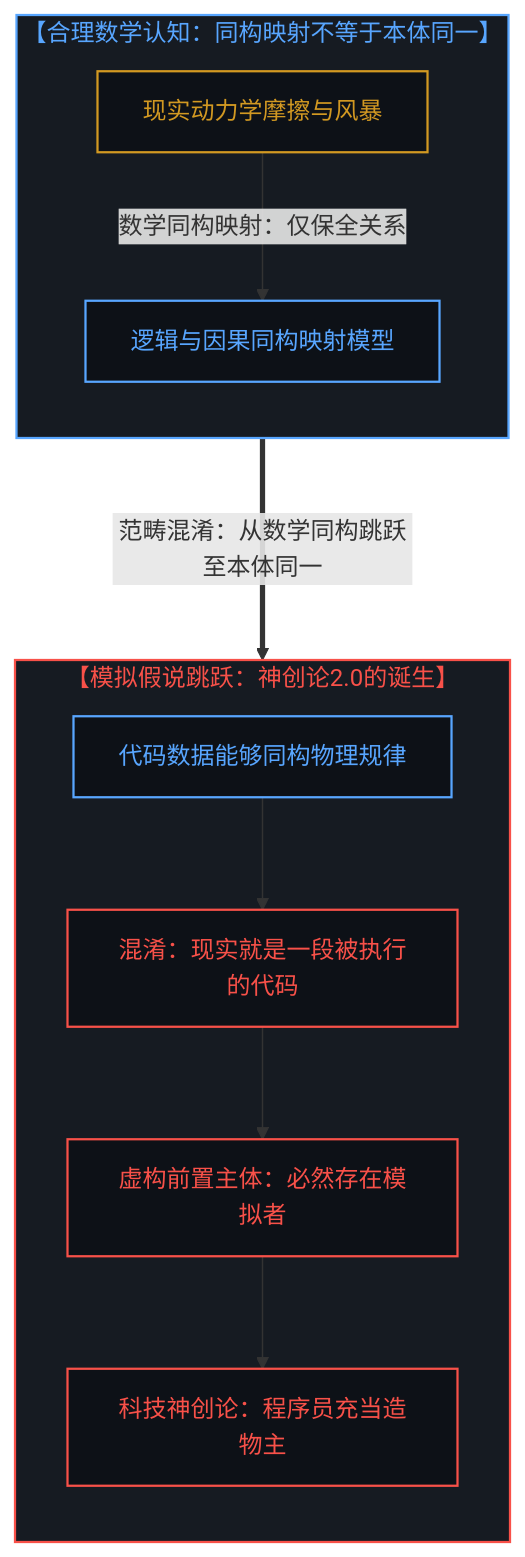
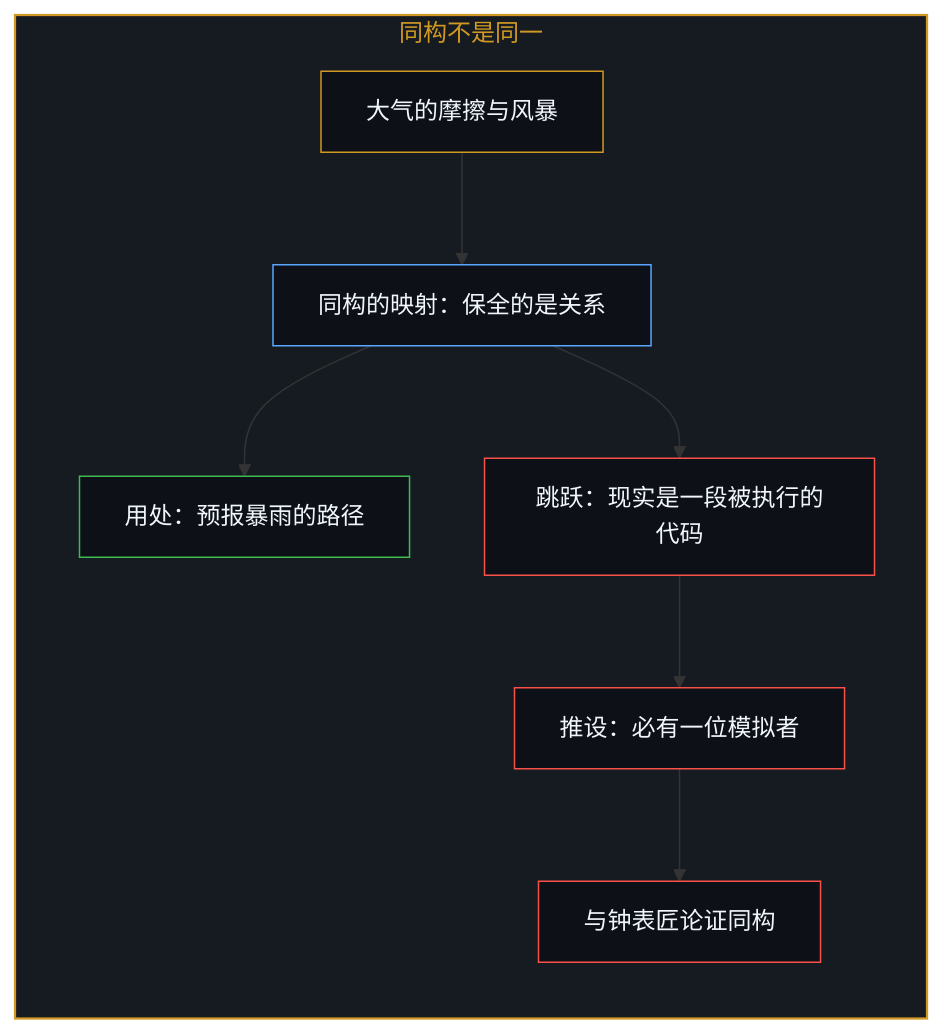
Before and after one commit to powerpig99/not-a-toe: the third of 10 diagrams in content/posts/all-that-can-be-spoken-is-the-product-of-the-unspeakable.md, drawn with Mermaid. The commit also changed other lines of this file and 2 other files, not shown here.

Commit message:
Refine all-that-can-be-spoken-is-the-product-of-the-unspeakable: alternating bilingual layout, five paired diagrams, the cut and the informational side of the machine, implicit first person

````diff
--- a/content/posts/all-that-can-be-spoken-is-the-product-of-the-unspeakable.md
+++ b/content/posts/all-that-can-be-spoken-is-the-product-of-the-unspeakable.md
@@ -93,29 +87,25 @@
 ```mermaid
-graph TD
-    classDef default fill:#0d1117,stroke:#30363d,stroke-width:1px,color:#f0f6fc;
-    classDef mind fill:#0d1117,stroke:#3fb950,stroke-width:1.5px,color:#3fb950;
-    classDef failure fill:#0d1117,stroke:#f85149,stroke-width:1.5px,color:#f85149;
-    classDef scaffold fill:#0d1117,stroke:#d29922,stroke-width:1.5px,color:#d29922;
-    classDef model fill:#0d1117,stroke:#58a6ff,stroke-width:1.5px,color:#58a6ff;
-
-    subgraph S_Isomorphism ["【合理数学认知：同构映射不等于本体同一】"]
+flowchart TD
+    subgraph S_Iso["同构不是同一"]
         direction TB
-        I1["现实动力学摩擦与风暴"]:::scaffold
-        I2["逻辑与因果同构映射模型"]:::model
-        I1 -->|"数学同构映射：仅保全关系"| I2
+        Real["大气的摩擦与风暴"]
+        Map["同构的映射：保全的是关系"]
+        Use["用处：预报暴雨的路径"]
+        Leap["跳跃：现实是一段被执行的代码"]
+        Simr["推设：必有一位模拟者"]
+        Watch["与钟表匠论证同构"]
+        Real --> Map
+        Map --> Use
+        Map --> Leap
+        Leap --> Simr
+        Simr --> Watch
     end
 
-    subgraph S_Collapse ["【模拟假说跳跃：神创论2.0的诞生】"]
-        direction TB
-        C1["代码数据能够同构物理规律"]:::model
-        C2["混淆：现实就是一段被执行的代码"]:::failure
-        C3["虚构前置主体：必然存在模拟者"]:::failure
-        C4["科技神创论：程序员充当造物主"]:::failure
-        C1 --> C2 --> C3 --> C4
-    end
-
-    I2 ===>|"范畴混淆：从数学同构跳跃至本体同一"| C1
-
-    style S_Isomorphism fill:#161b22,stroke:#58a6ff,stroke-width:1.5px,color:#58a6ff
-    style S_Collapse fill:#161b22,stroke:#f85149,stroke-width:1.5px,color:#f85149
+    style S_Iso fill:#161b22,stroke:#d29922,stroke-width:1.5px,color:#d29922
+    style Real fill:#0d1117,stroke:#d29922,stroke-width:1px,color:#f0f6fc
+    style Map fill:#0d1117,stroke:#58a6ff,stroke-width:1px,color:#f0f6fc
+    style Use fill:#0d1117,stroke:#3fb950,stroke-width:1px,color:#f0f6fc
+    style Leap fill:#0d1117,stroke:#f85149,stroke-width:1px,color:#f0f6fc
+    style Simr fill:#0d1117,stroke:#f85149,stroke-width:1px,color:#f0f6fc
+    style Watch fill:#0d1117,stroke:#f85149,stroke-width:1px,color:#f0f6fc
 ```
````
